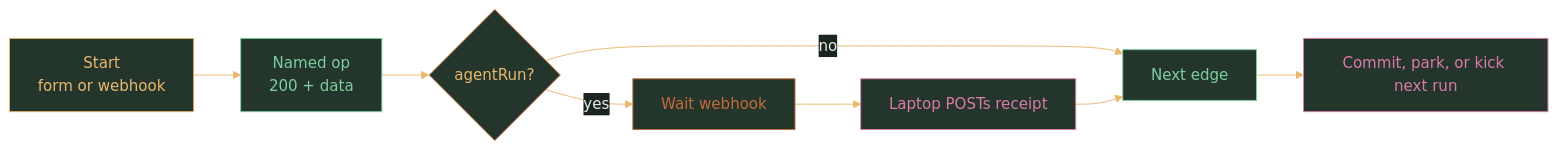
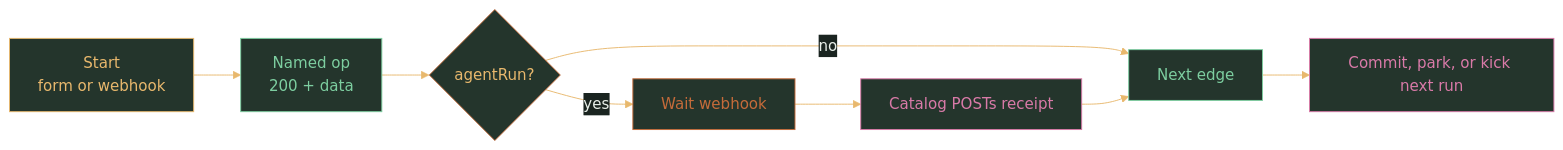
One commit to tfournet/graphwing changed the diagram in README.md. Above: the diagram before and after it, drawn with Mermaid. The commit also changed other lines of this file and 6 other files, not shown here.

````diff
--- a/README.md
+++ b/README.md
@@ -34,35 +34,35 @@
 ```mermaid
 %%{init: {
   "theme": "base",
   "themeVariables": {
     "primaryColor": "#24352c",
     "primaryTextColor": "#e8efe9",
     "primaryBorderColor": "#7dcea0",
     "lineColor": "#e8b86d",
     "secondaryColor": "#1a2420",
     "tertiaryColor": "#121814",
     "background": "#121814",
     "mainBkg": "#24352c",
     "nodeBorder": "#7dcea0",
     "clusterBkg": "#1a2420",
     "titleColor": "#7dcea0",
     "edgeLabelBackground": "#1a2420",
     "fontFamily": "ui-sans-serif, system-ui, sans-serif"
   }
 }}%%
 flowchart LR
   A["Start<br/>form or webhook"] --> B["Named op<br/>200 + data"]
   B --> C{"agentRun?"}
   C -->|no| D["Next edge"]
   C -->|yes| E["Wait webhook"]
-  E --> F["Laptop POSTs receipt"]
+  E --> F["Catalog POSTs receipt"]
   F --> D
   D --> G["Commit, park, or kick next run"]
   style A fill:#24352c,stroke:#e8b86d,color:#e8b86d
   style B fill:#24352c,stroke:#7dcea0,color:#7dcea0
   style C fill:#24352c,stroke:#c46b3a,color:#e8b86d
   style E fill:#24352c,stroke:#c46b3a,color:#c46b3a
   style F fill:#24352c,stroke:#d97aa8,color:#d97aa8
   style D fill:#24352c,stroke:#7dcea0,color:#7dcea0
   style G fill:#24352c,stroke:#d97aa8,color:#d97aa8
 ```
````
